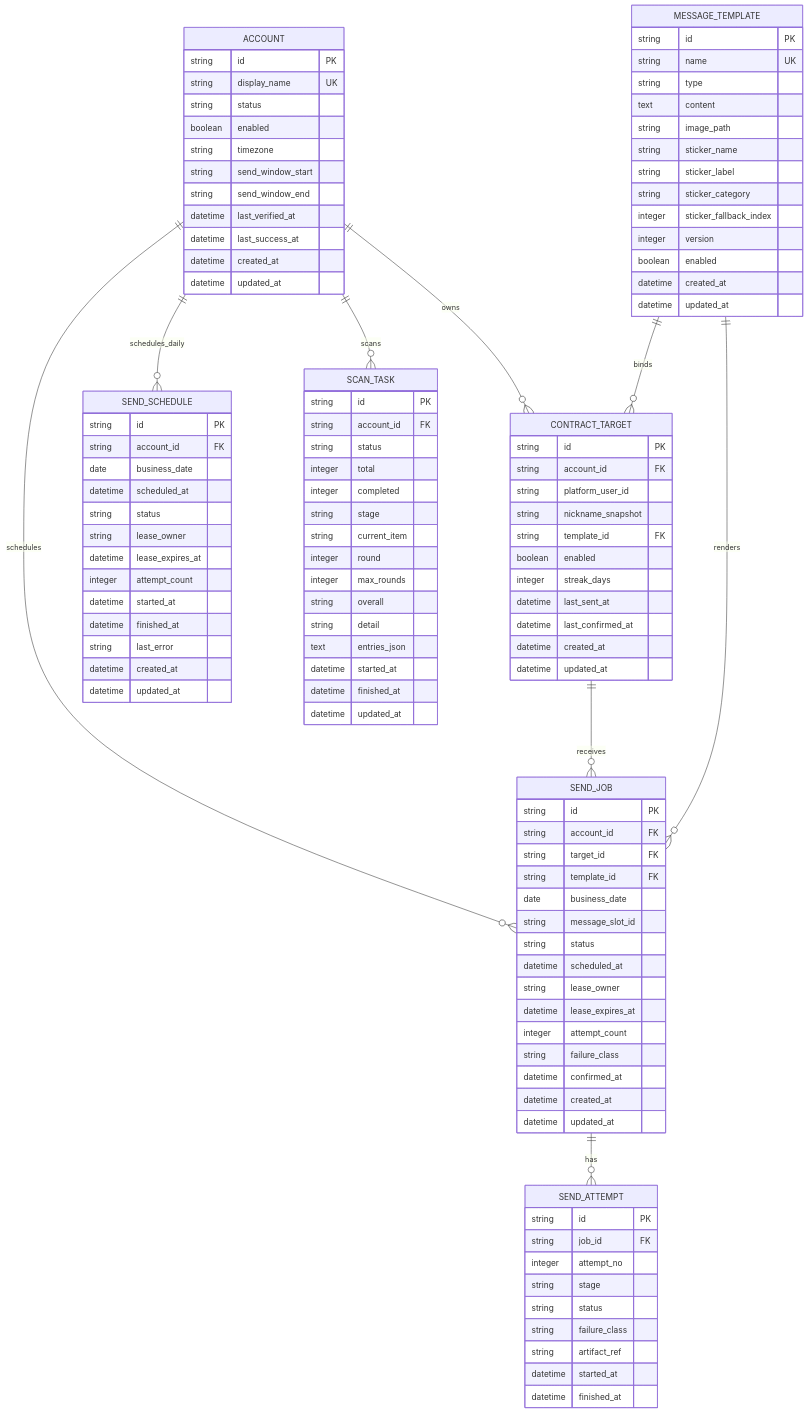
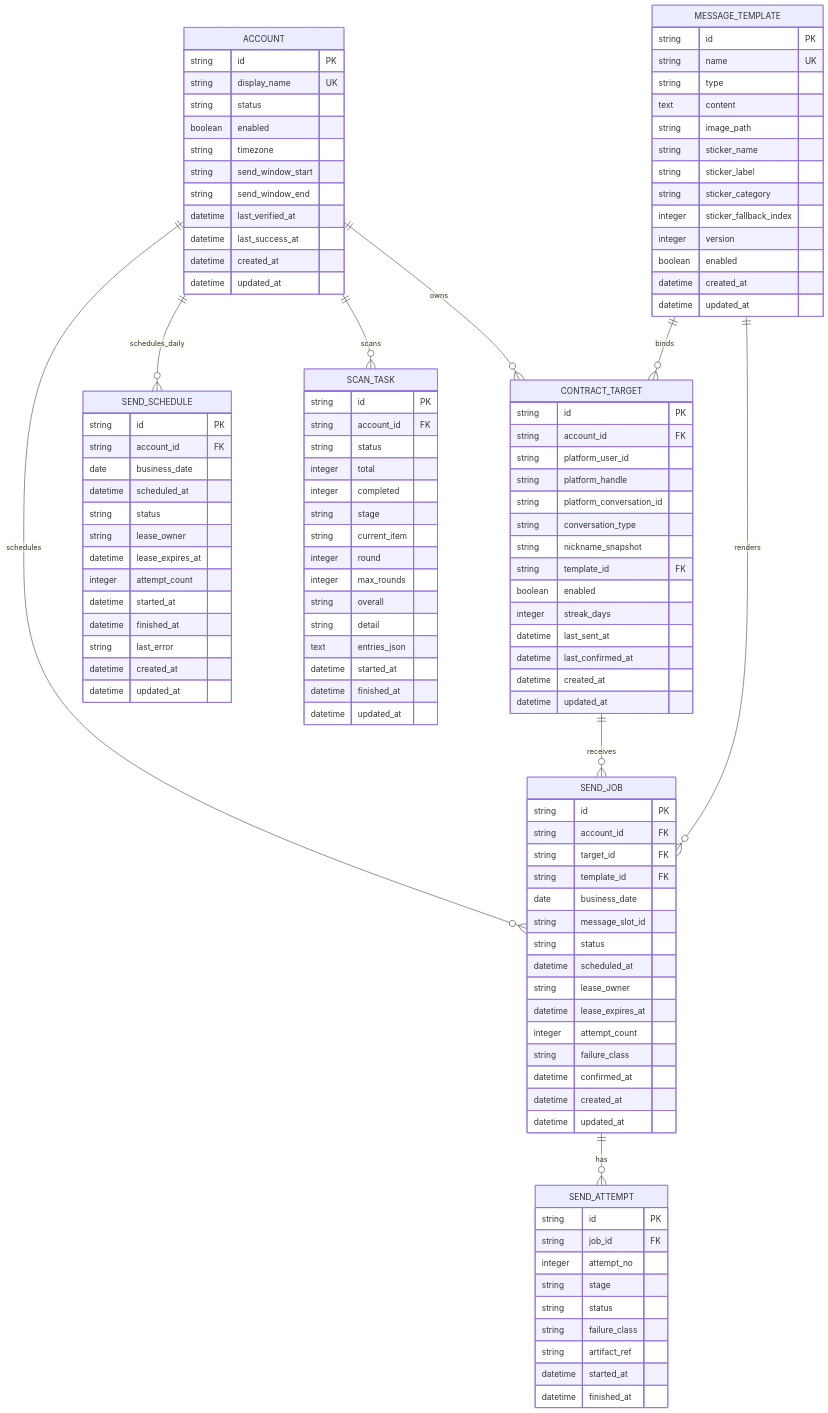
The diagram in docs/SCHEMA.md (oinzc/flame-contractor-oss), drawn with Mermaid before and after one commit. The commit also changed other lines of this file and 16 other files, not shown here.

```diff
--- a/docs/SCHEMA.md
+++ b/docs/SCHEMA.md
@@ -49,6 +49,9 @@
     string id PK
     string account_id FK
     string platform_user_id
+    string platform_handle
+    string platform_conversation_id
+    string conversation_type
     string nickname_snapshot
     string template_id FK
     boolean enabled
```
